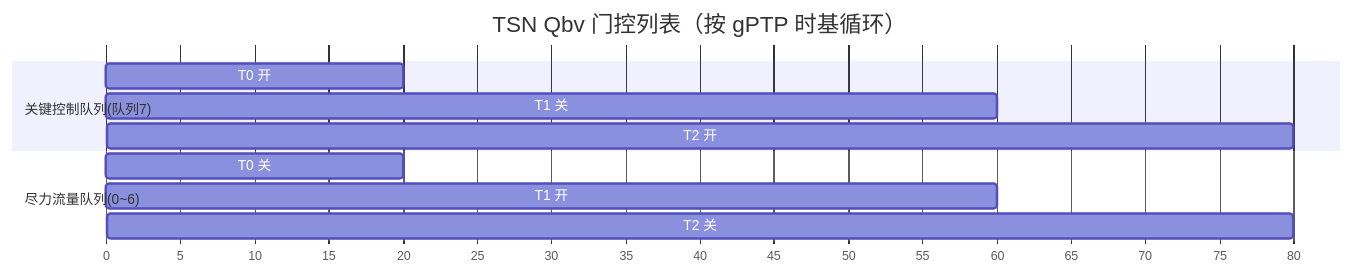
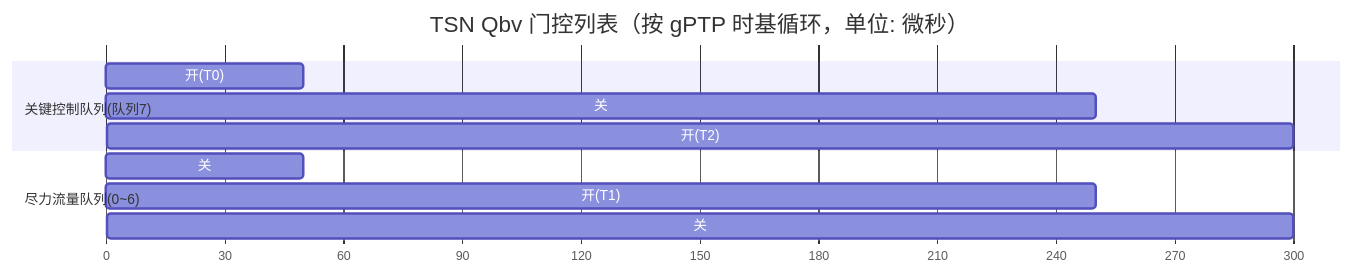
The eighth of 10 diagrams in articles/p08-ethernet.md (1208826038/embedded-skill-notes), drawn with Mermaid before and after one commit. The commit also changed other lines of this file, not shown here.

````diff
--- a/articles/p08-ethernet.md
+++ b/articles/p08-ethernet.md
@@ -75,14 +978,14 @@
 ```mermaid
 gantt
-    title TSN Qbv 门控列表（按 gPTP 时基循环）
+    title TSN Qbv 门控列表（按 gPTP 时基循环，单位: 微秒）
     dateFormat X
     axisFormat %s
     section 关键控制队列(队列7)
-    T0 开 : 0, 20
-    T1 关 : 20, 60
-    T2 开 : 60, 80
+    开(T0) : 0, 50
+    关      : 50, 250
+    开(T2) : 250, 300
     section 尽力流量队列(0~6)
-    T0 关 : 0, 20
-    T1 开 : 20, 60
-    T2 关 : 60, 80
+    关      : 0, 50
+    开(T1) : 50, 250
+    关      : 250, 300
 ```
````
